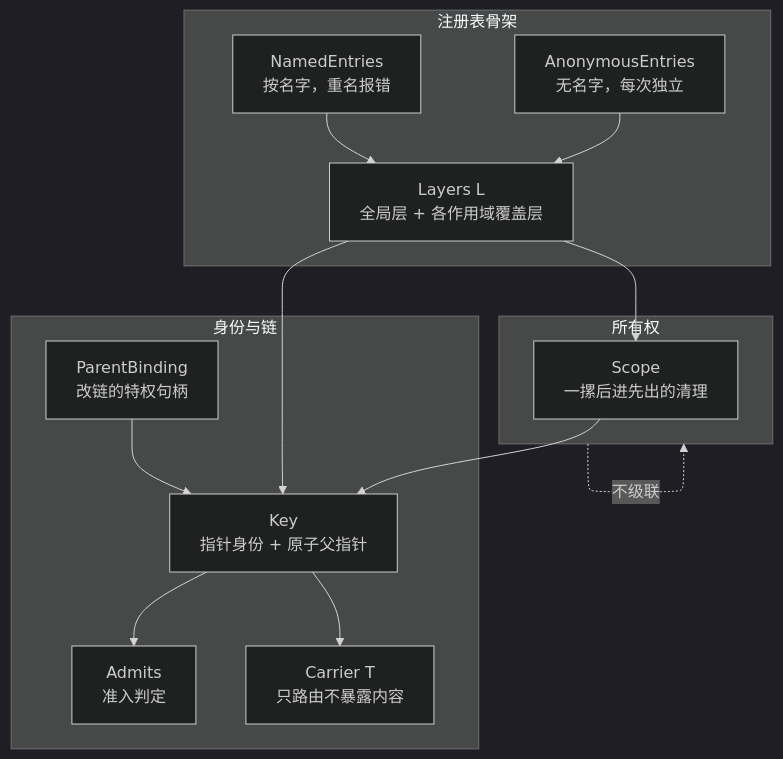
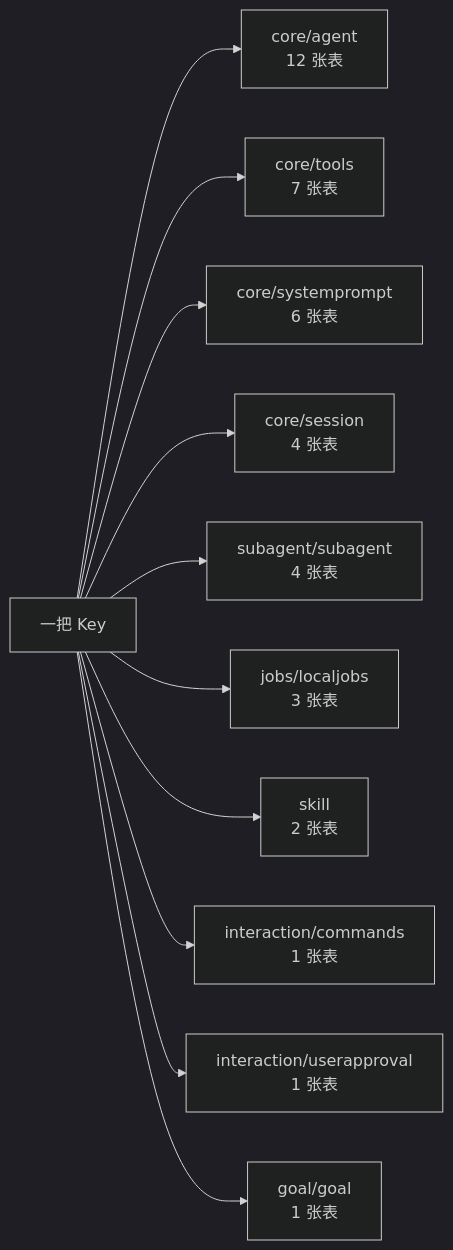
One commit to snight1983/ds-harness-go changed the second of 8 diagrams in docs/modules/core-scope.md. Above: the diagram before and after it, drawn with Mermaid (dark theme). The commit also changed other lines of this file and 195 other files, not shown here.

````diff
--- a/docs/modules/core-scope.md
+++ b/docs/modules/core-scope.md
@@ -88,30 +40,14 @@
 ```mermaid
-flowchart TD
-    subgraph ID["身份与链"]
-        K["Key<br/>指针身份 + 原子父指针"]
-        B["ParentBinding<br/>改链的特权句柄"]
-        A["Admits<br/>准入判定"]
-        C["Carrier T<br/>只路由不暴露内容"]
-    end
-
-    subgraph OWN["所有权"]
-        S["Scope<br/>一摞后进先出的清理"]
-    end
-
-    subgraph REG["注册表骨架"]
-        L["Layers L<br/>全局层 + 各作用域覆盖层"]
-        NE["NamedEntries<br/>按名字，重名报错"]
-        AE["AnonymousEntries<br/>无名字，每次独立"]
-    end
-
-    K --> A
-    K --> C
-    B --> K
-    S --> K
-    L --> K
-    L --> S
-    NE --> L
-    AE --> L
-
-    OWN -.->|"不级联"| OWN
+graph LR
+  KEY["一把 Key"]
+  KEY --> M1["core/agent<br/>12 张表"]
+  KEY --> M2["core/tools<br/>7 张表"]
+  KEY --> M3["core/systemprompt<br/>6 张表"]
+  KEY --> M4["core/session<br/>4 张表"]
+  KEY --> M5["subagent/subagent<br/>4 张表"]
+  KEY --> M6["jobs/localjobs<br/>3 张表"]
+  KEY --> M7["skill<br/>2 张表"]
+  KEY --> M8["interaction/commands<br/>1 张表"]
+  KEY --> M9["interaction/userapproval<br/>1 张表"]
+  KEY --> M10["goal/goal<br/>1 张表"]
 ```
````
